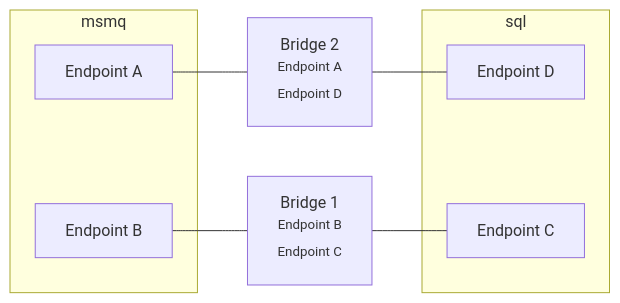
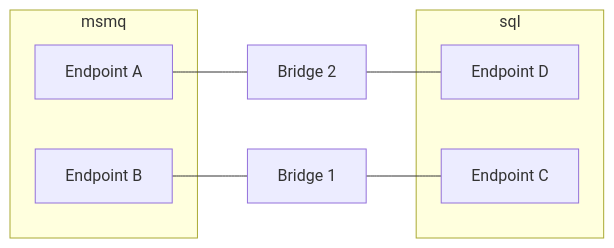
One commit to Particular/docs.particular.net changed the diagram in nservicebus/bridge/performance.md. Above: the diagram before and after it, drawn with Mermaid. The commit also changed other lines of this file and 1 other file, not shown here.

````diff
--- a/nservicebus/bridge/performance.md
+++ b/nservicebus/bridge/performance.md
@@ -39,17 +38,17 @@
 ```mermaid
 graph LR
-  Br2[Bridge 2<br /><sup>Endpoint A<br />Endpoint D</sup>]
+  Br2[Bridge 2]
   A[Endpoint A] --- Br2
   B[Endpoint B]
   Br2 --- D[Endpoint D]
-  Br1[Bridge 1<br /><sup>Endpoint B<br />Endpoint C</sup>] --- C[Endpoint C]
+  Br1[Bridge 1] --- C[Endpoint C]
   B --- Br1
   subgraph msmq
     A
     B
   end
   subgraph sql
     C
     D
   end
 ```
````
